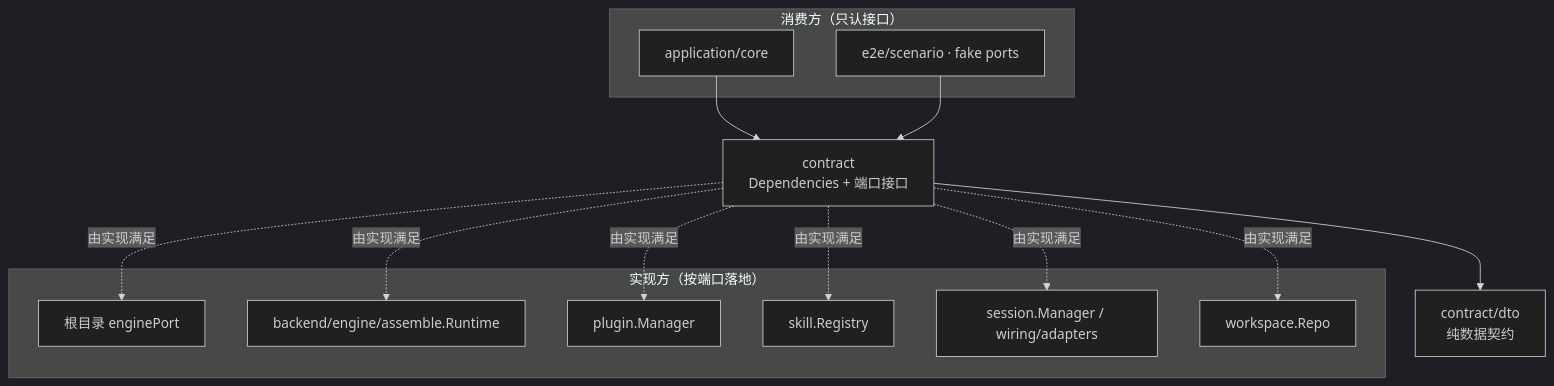
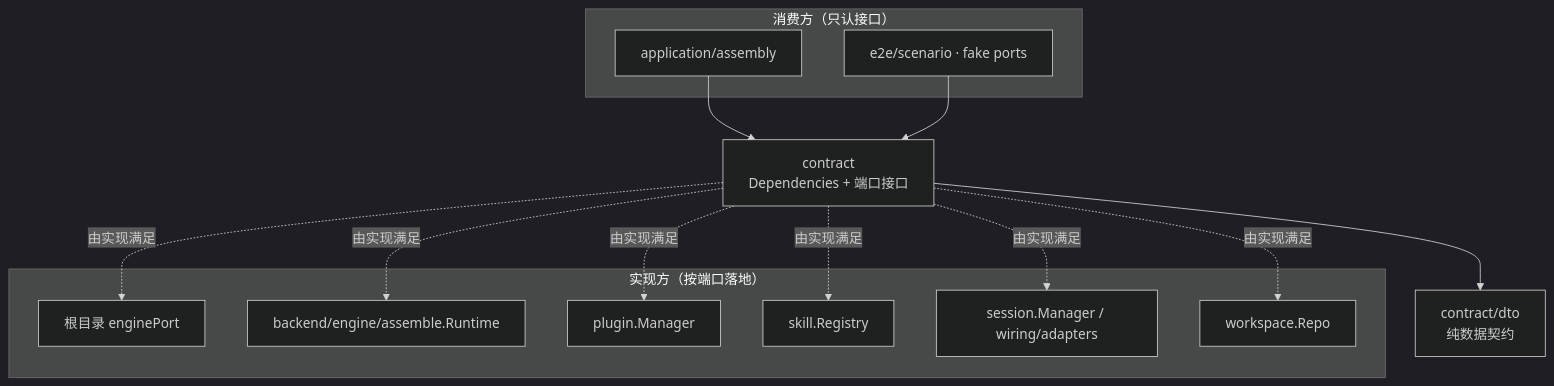
Before and after one commit to RedHuang-0622/seelex: the first of 2 diagrams in contract/README.md, drawn with Mermaid (dark theme). The commit also changed other lines of this file and 941 other files, not shown here.

Commit message:
refactor(application): retire core package

````diff
--- a/contract/README.md
+++ b/contract/README.md
@@ -33,30 +33,30 @@
 ```mermaid
 flowchart TB
     subgraph CONSUMER["消费方（只认接口）"]
-        CORE["application/core"]
+        CORE["application/assembly"]
         TEST["e2e/scenario · fake ports"]
     end
 
     CONTRACT["contract<br/>Dependencies + 端口接口"]
 
     subgraph IMPL["实现方（按端口落地）"]
         ENGINE["根目录 enginePort"]
         RUNTIME["backend/engine/assemble.Runtime"]
         PLUGIN["plugin.Manager"]
         SKILL["skill.Registry"]
         SESSION["session.Manager / wiring/adapters"]
         WS["workspace.Repo"]
     end
 
     DTO["contract/dto<br/>纯数据契约"]
 
     CORE --> CONTRACT
     TEST --> CONTRACT
     CONTRACT --> DTO
     CONTRACT -.->|由实现满足| ENGINE
     CONTRACT -.->|由实现满足| RUNTIME
     CONTRACT -.->|由实现满足| PLUGIN
     CONTRACT -.->|由实现满足| SKILL
     CONTRACT -.->|由实现满足| SESSION
     CONTRACT -.->|由实现满足| WS
 ```
````
